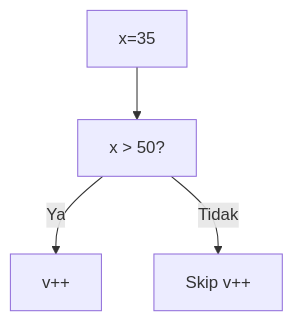
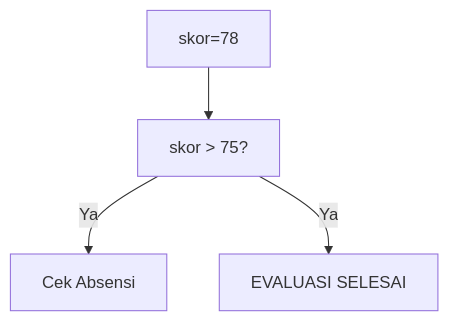
Before and after one commit to amnahwaida/OSNK_INF_PREP: the second of 25 diagrams in part-c-pemahaman-cpp/02-percabangan/latihan/set-04.md, drawn with Mermaid. The commit also changed other lines of this file and 71 other files, not shown here.

````diff
--- a/part-c-pemahaman-cpp/02-percabangan/latihan/set-04.md
+++ b/part-c-pemahaman-cpp/02-percabangan/latihan/set-04.md
@@ -49,6 +52,6 @@
 ```mermaid
 graph TD
-A["x=35"] --> B["x > 50?"]
-B -- Ya --> C["v++"]
-B -- Tidak --> D["Skip v++"]
+A["skor=78"] --> B["skor > 75?"]
+B -- Ya --> C["Cek Absensi"]
+B -- Ya --> D["EVALUASI SELESAI"]
 ```
````
